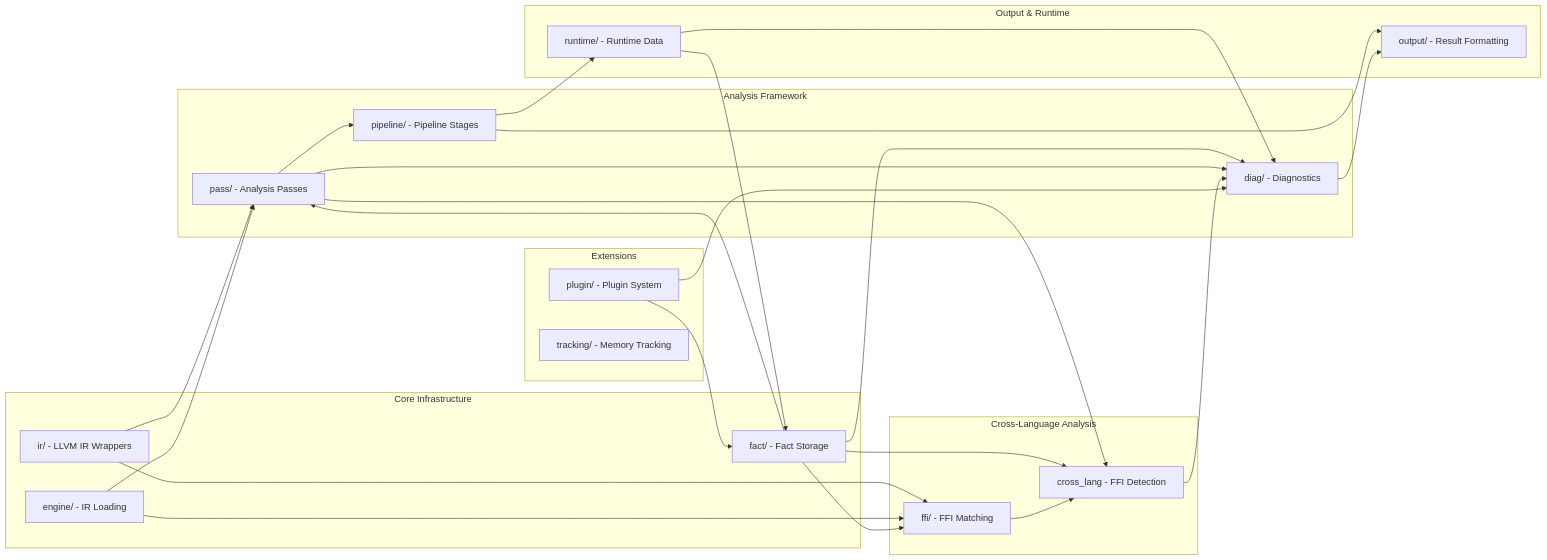
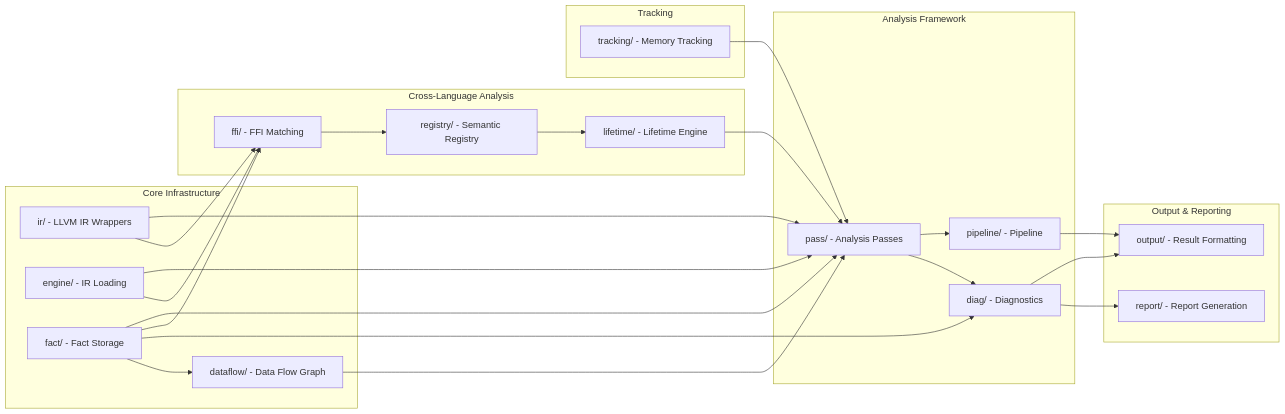
One commit to Timwood0x10/OmniScope changed the second of 3 diagrams in docs/architecture.md. Above: the diagram before and after it, drawn with Mermaid. The commit also changed other lines of this file and 12 other files, not shown here.

Commit message:
add stress tests and improve analysis pipeline

````diff
--- a/docs/architecture.md
+++ b/docs/architecture.md
@@ -76,57 +69,56 @@
 ```mermaid
 graph LR
-    subgraph "Core Infrastructure"
+    subgraph Core[Core Infrastructure]
         IR[ir/ - LLVM IR Wrappers]
         Engine[engine/ - IR Loading]
         Fact[fact/ - Fact Storage]
+        DataFlow[dataflow/ - Data Flow Graph]
     end
     
-    subgraph "Analysis Framework"
+    subgraph Analysis[Analysis Framework]
         Pass[pass/ - Analysis Passes]
-        Pipeline[pipeline/ - Pipeline Stages]
+        Pipeline[pipeline/ - Pipeline]
         Diag[diag/ - Diagnostics]
     end
     
-    subgraph "Cross-Language Analysis"
-        FFI[ffi/ - FFI Matching]
-        Cross[cross_lang - FFI Detection]
+    subgraph FFIAnalysis[Cross-Language Analysis]
+        FFIMod[ffi/ - FFI Matching]
+        Registry[registry/ - Semantic Registry]
+        Lifetime[lifetime/ - Lifetime Engine]
     end
     
-    subgraph "Output & Runtime"
+    subgraph OutputMod[Output & Reporting]
         Output[output/ - Result Formatting]
-        Runtime[runtime/ - Runtime Data]
+        Report[report/ - Report Generation]
     end
     
-    subgraph "Extensions"
-        Plugin[plugin/ - Plugin System]
+    subgraph TrackMod[Tracking]
         Tracking[tracking/ - Memory Tracking]
     end
     
     IR --> Pass
-    IR --> FFI
+    IR --> FFIMod
     Engine --> Pass
-    Engine --> FFI
+    Engine --> FFIMod
     
     Fact --> Pass
-    Fact --> FFI
-    Fact --> Cross
+    Fact --> FFIMod
     Fact --> Diag
+    Fact --> DataFlow
+    
+    DataFlow --> Pass
     
     Pass --> Pipeline
     Pass --> Diag
-    Pass --> Cross
     
-    FFI --> Cross
-    Cross --> Diag
+    FFIMod --> Registry
+    Registry --> Lifetime
     
-    Pipeline --> Runtime
+    Lifetime --> Pass
+    
     Pipeline --> Output
+    Diag --> Output
+    Diag --> Report
     
-    Diag --> Output
-    
-    Runtime --> Fact
-    Runtime --> Diag
-    
-    Plugin --> Fact
-    Plugin --> Diag
+    Tracking --> Pass
 ```
````
